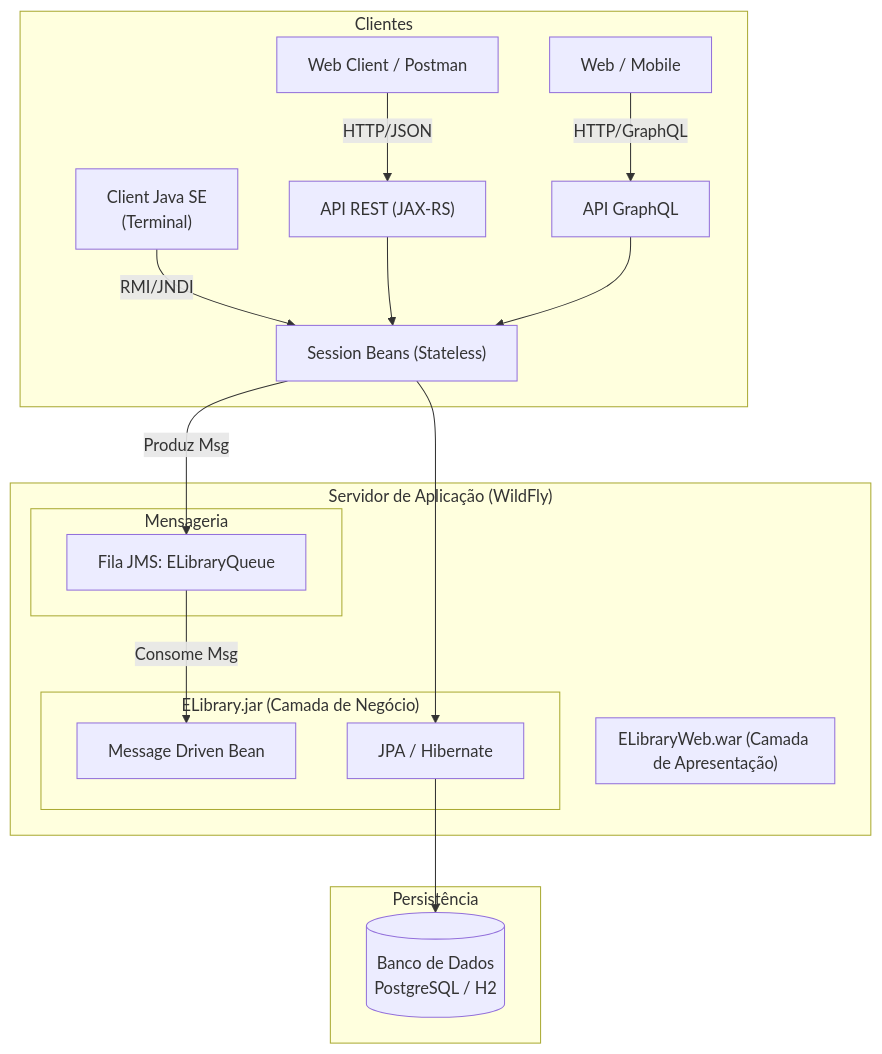
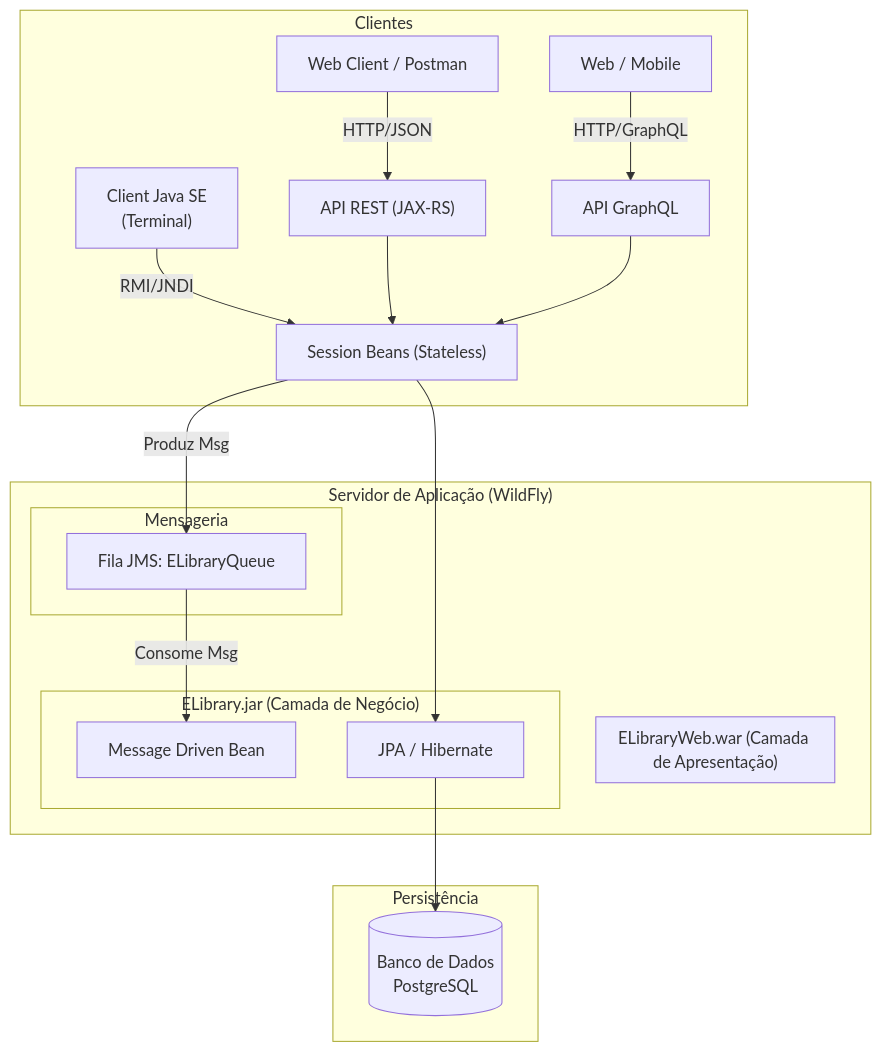
The diagram in README.md (GabrielBarbosaAfo/ELibrary), drawn with Mermaid before and after one commit.

Commit message:
Update database description in README

````diff
--- a/README.md
+++ b/README.md
@@ -15,37 +15,37 @@
 ```mermaid
 graph TD
     subgraph Clientes
         A["Client Java SE<br/>(Terminal)"] -->|RMI/JNDI| EJB
         B["Web Client / Postman"] -->|HTTP/JSON| REST
         C["Web / Mobile"] -->|HTTP/GraphQL| GQL
     end
 
     subgraph "Servidor de Aplicação (WildFly)"
         subgraph "ELibraryWeb.war (Camada de Apresentação)"
             REST["API REST (JAX-RS)"]
             GQL["API GraphQL"]
         end
 
         subgraph "ELibrary.jar (Camada de Negócio)"
             EJB["Session Beans (Stateless)"]
             MDB["Message Driven Bean"]
             JPA["JPA / Hibernate"]
         end
 
         subgraph "Mensageria"
             Queue["Fila JMS: ELibraryQueue"]
         end
     end
 
     subgraph "Persistência"
-        DB[("Banco de Dados<br/>PostgreSQL / H2")]
+        DB[("Banco de Dados<br/>PostgreSQL")]
     end
 
     %% Fluxos
     REST --> EJB
     GQL --> EJB
     EJB --> JPA
     EJB -->|Produz Msg| Queue
     Queue -->|Consome Msg| MDB
     JPA --> DB
 ```
````
